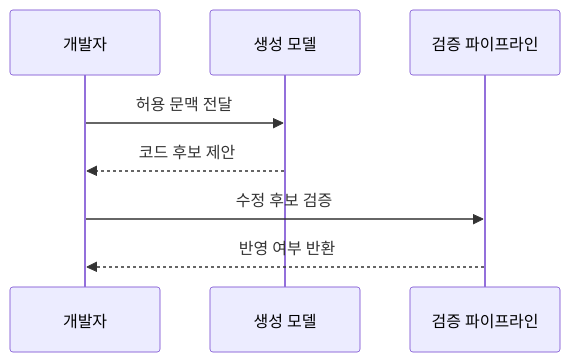
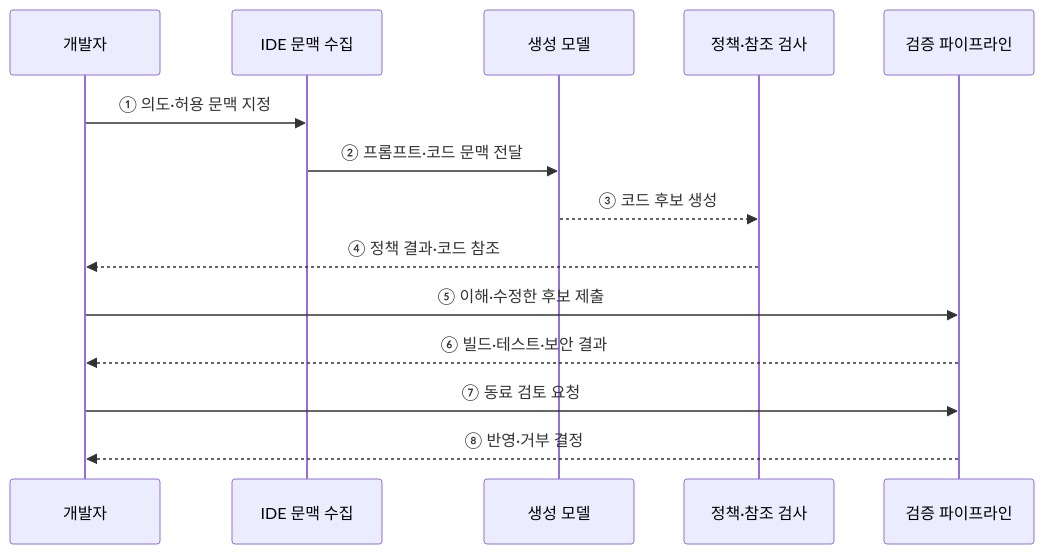
The second of 2 diagrams in src/content/docs/notes/03-software/081_ai_code_generation.md (agnusdei1207/knowledge-base), drawn with Mermaid before and after one commit. The commit also changed other lines of this file and 20 other files, not shown here.

````diff
--- a/src/content/docs/notes/03-software/081_ai_code_generation.md
+++ b/src/content/docs/notes/03-software/081_ai_code_generation.md
@@ -76,10 +69,16 @@
 ```mermaid
 sequenceDiagram
     participant D as 개발자
+    participant C as IDE 문맥 수집
     participant M as 생성 모델
-    participant P as 검증 파이프라인
-    D->>M: 허용 문맥 전달
-    M-->>D: 코드 후보 제안
-    D->>P: 수정 후보 검증
-    P-->>D: 반영 여부 반환
+    participant P as 정책·참조 검사
+    participant V as 검증 파이프라인
+    D->>C: ① 의도·허용 문맥 지정
+    C->>M: ② 프롬프트·코드 문맥 전달
+    M-->>P: ③ 코드 후보 생성
+    P-->>D: ④ 정책 결과·코드 참조
+    D->>V: ⑤ 이해·수정한 후보 제출
+    V-->>D: ⑥ 빌드·테스트·보안 결과
+    D->>V: ⑦ 동료 검토 요청
+    V-->>D: ⑧ 반영·거부 결정
 ```
````
